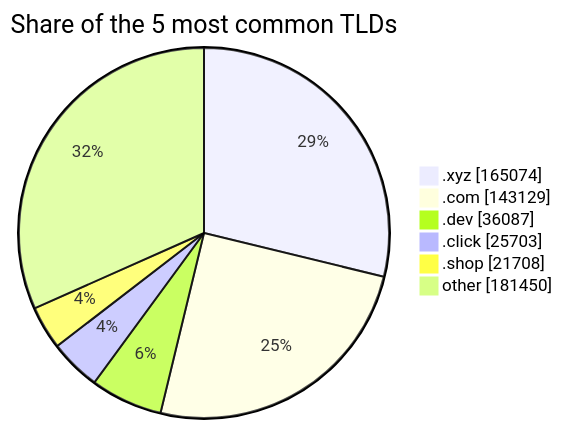
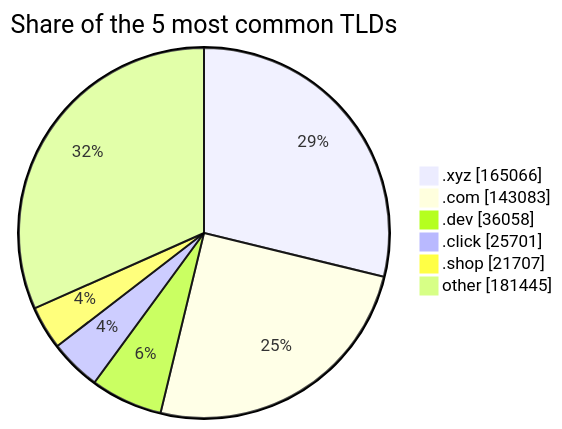
The third of 3 diagrams in README.md (DNSBunker/CTI), drawn with Mermaid before and after one commit. The commit also changed other lines of this file and 3 other files, not shown here.

````diff
--- a/README.md
+++ b/README.md
@@ -81,9 +81,9 @@
 ```mermaid
 pie showData title Share of the 5 most common TLDs
-    ".xyz" : 165074
-    ".com" : 143129
-    ".dev" : 36087
-    ".click" : 25703
-    ".shop" : 21708
-    "other" : 181450
+    ".xyz" : 165066
+    ".com" : 143083
+    ".dev" : 36058
+    ".click" : 25701
+    ".shop" : 21707
+    "other" : 181445
 ```
````
